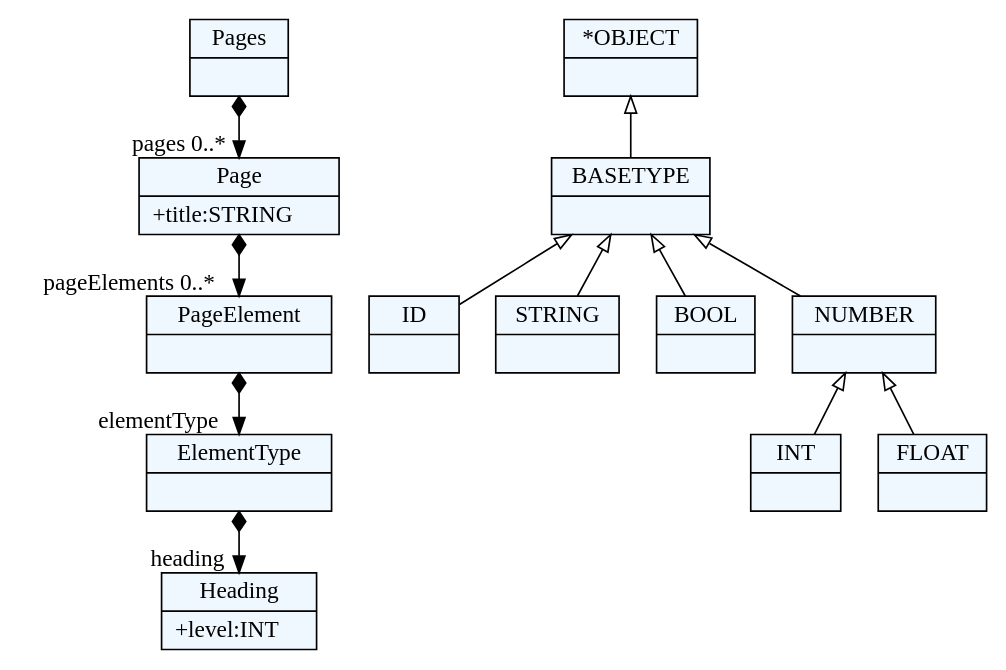
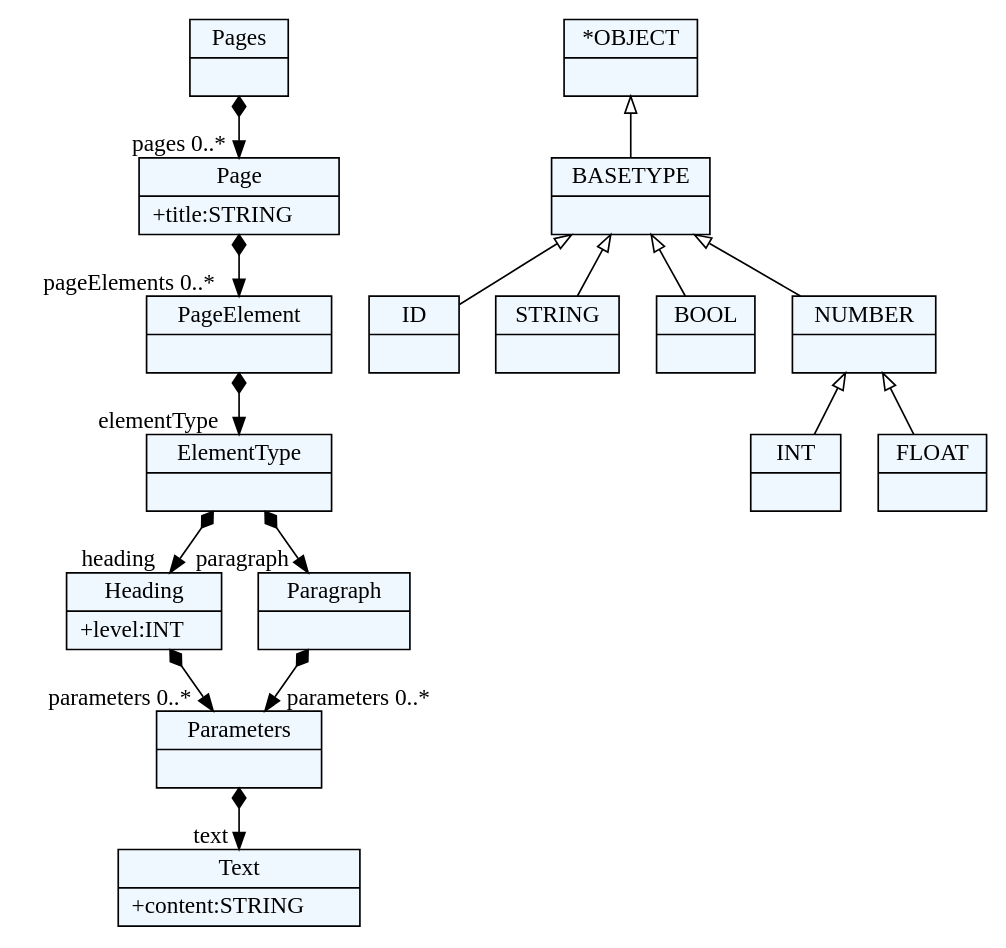
One commit to jovana992/jsd2017 changed the diagram in JSD/grammer.dot. Above: the diagram before and after it, drawn with Graphviz. The commit also changed 4 other files, not shown here.

Commit message:
Added rules for heading and paragraph text.

```diff
--- a/JSD/grammer.dot
+++ b/JSD/grammer.dot
@@ -1,52 +1,62 @@
 
     digraph xtext {
     fontname = "Bitstream Vera Sans"
     fontsize = 8
     node[
         shape=record,
         style=filled,
         fillcolor=aliceblue
     ]
     nodesep = 0.3
     edge[dir=black,arrowtail=empty]
 
 
-2312161750072 -> 2312161755736[arrowtail=diamond, dir=both, headlabel="pages 0..*"]
-2312161750072[ label="{Pages|}"]
+2120794809352 -> 2120794804632[arrowtail=diamond, dir=both, headlabel="pages 0..*"]
+2120794809352[ label="{Pages|}"]
 
-2312161755736 -> 2312161751960[arrowtail=diamond, dir=both, headlabel="pageElements 0..*"]
-2312161755736[ label="{Page|+title:STRING\l}"]
+2120794804632 -> 2120794818792[arrowtail=diamond, dir=both, headlabel="pageElements 0..*"]
+2120794804632[ label="{Page|+title:STRING\l}"]
 
-2312161751960 -> 2312161737800[arrowtail=diamond, dir=both, headlabel="elementType "]
-2312161751960[ label="{PageElement|}"]
+2120794818792 -> 2120794821624[arrowtail=diamond, dir=both, headlabel="elementType "]
+2120794818792[ label="{PageElement|}"]
 
-2312161737800 -> 2312161745352[arrowtail=diamond, dir=both, headlabel="heading "]
-2312161737800[ label="{ElementType|}"]
+2120794821624 -> 2120794792360[arrowtail=diamond, dir=both, headlabel="heading "]
+2120794821624 -> 2120794795192[arrowtail=diamond, dir=both, headlabel="paragraph "]
+2120794821624[ label="{ElementType|}"]
 
-2312161745352[ label="{Heading|+level:INT\l}"]
+2120794792360 -> 2120794825400[arrowtail=diamond, dir=both, headlabel="parameters 0..*"]
+2120794792360[ label="{Heading|+level:INT\l}"]
 
-2312160804760[ label="{ID|}"]
+2120794795192 -> 2120794825400[arrowtail=diamond, dir=both, headlabel="parameters 0..*"]
+2120794795192[ label="{Paragraph|}"]
 
-2312161756680[ label="{STRING|}"]
+2120794825400 -> 2120794827288[arrowtail=diamond, dir=both, headlabel="text "]
+2120794825400[ label="{Parameters|}"]
 
-2312161744408[ label="{BOOL|}"]
+2120794827288[ label="{Text|+content:STRING\l}"]
 
-2312161725528[ label="{INT|}"]
+2120794914136[ label="{ID|}"]
 
-2312161739688[ label="{FLOAT|}"]
+2120794797080[ label="{STRING|}"]
 
-2312161727416[ label="{NUMBER|}"]
-2312161727416 -> 2312161739688 [dir=back]
-2312161727416 -> 2312161725528 [dir=back]
+2120794802744[ label="{BOOL|}"]
 
-2312161752904[ label="{BASETYPE|}"]
-2312161752904 -> 2312161727416 [dir=back]
-2312161752904 -> 2312161744408 [dir=back]
-2312161752904 -> 2312160804760 [dir=back]
-2312161752904 -> 2312161756680 [dir=back]
+2120794810296[ label="{INT|}"]
 
-2312161728360[ label="{*OBJECT|}"]
-2312161728360 -> 2312161752904 [dir=back]
+2120794808408[ label="{FLOAT|}"]
+
+2120794798968[ label="{NUMBER|}"]
+2120794798968 -> 2120794808408 [dir=back]
+2120794798968 -> 2120794810296 [dir=back]
+
+2120794815016[ label="{BASETYPE|}"]
+2120794815016 -> 2120794798968 [dir=back]
+2120794815016 -> 2120794802744 [dir=back]
+2120794815016 -> 2120794914136 [dir=back]
+2120794815016 -> 2120794797080 [dir=back]
+
+2120794805576[ label="{*OBJECT|}"]
+2120794805576 -> 2120794815016 [dir=back]
 
 
 }
```
